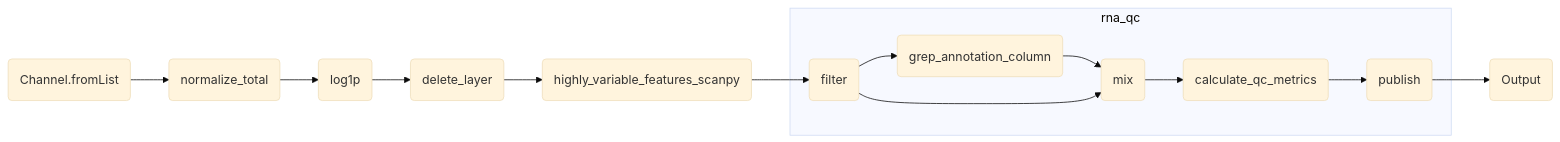
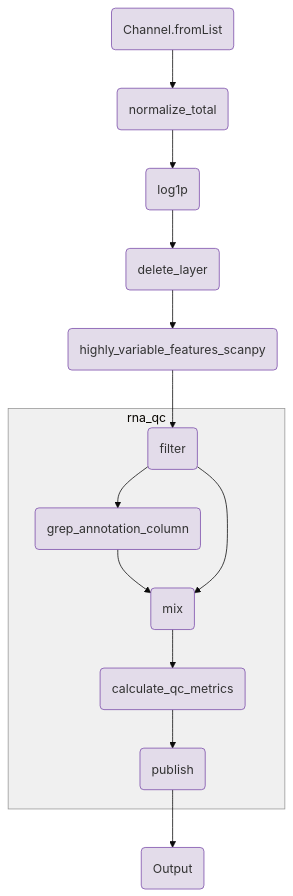
The diagram in components/workflows/rna/rna_multisample.qmd (openpipelines-bio/website), drawn with Mermaid (base theme) before and after one commit. The commit also changed 21 other files, not shown here.

````diff
--- a/components/workflows/rna/rna_multisample.qmd
+++ b/components/workflows/rna/rna_multisample.qmd
@@ -139,29 +139,40 @@
 ```{mermaid}
-%%| column: screen-inset-shaded
-flowchart LR
+flowchart TB
     v0(Channel.fromList)
     v18(normalize_total)
     v38(log1p)
     v58(delete_layer)
     v78(highly_variable_features_scanpy)
     v189(Output)
-    subgraph rna_qc
+    subgraph group_rna_qc [rna_qc]
         v90(filter)
         v108(grep_annotation_column)
         v121(mix)
         v130(calculate_qc_metrics)
         v150(publish)
     end
     v0-->v18
     v18-->v38
     v38-->v58
     v58-->v78
     v78-->v90
     v90-->v108
     v108-->v121
     v90-->v121
     v121-->v130
     v130-->v150
     v150-->v189
+    style group_rna_qc fill:#F0F0F0,stroke:#969696;
+    style v0 fill:#e3dcea,stroke:#7a4baa;
+    style v18 fill:#e3dcea,stroke:#7a4baa;
+    style v38 fill:#e3dcea,stroke:#7a4baa;
+    style v58 fill:#e3dcea,stroke:#7a4baa;
+    style v78 fill:#e3dcea,stroke:#7a4baa;
+    style v90 fill:#e3dcea,stroke:#7a4baa;
+    style v108 fill:#e3dcea,stroke:#7a4baa;
+    style v121 fill:#e3dcea,stroke:#7a4baa;
+    style v130 fill:#e3dcea,stroke:#7a4baa;
+    style v150 fill:#e3dcea,stroke:#7a4baa;
+    style v189 fill:#e3dcea,stroke:#7a4baa;
 
 ```
````
